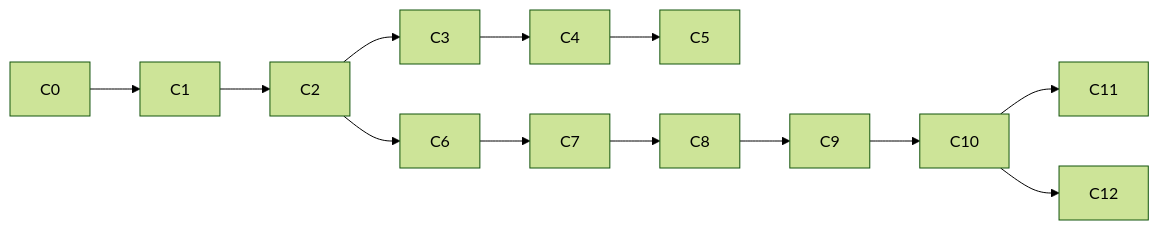
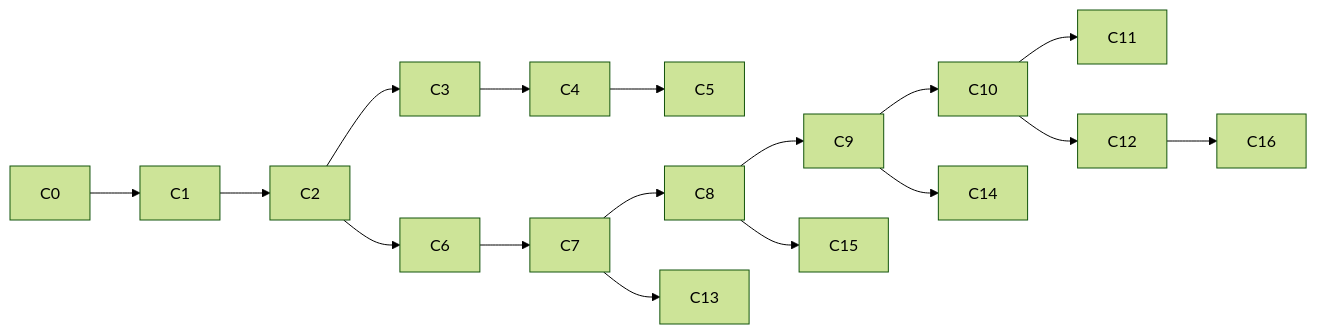
The diagram in docs/temp/CORE-IMPLEMENTATION-PLAN.md (enabledtocreate/erganis-core), drawn with Mermaid (forest theme) before and after one commit. The commit also changed other lines of this file and 10 other files, not shown here.

Commit message:
docs: platform architecture C13-C16, UI layout JSON Schema for module layouts

````diff
--- a/docs/temp/CORE-IMPLEMENTATION-PLAN.md
+++ b/docs/temp/CORE-IMPLEMENTATION-PLAN.md
@@ -29,7 +33,11 @@
 ```mermaid
 flowchart LR
   C0 --> C1 --> C2
   C2 --> C3 --> C4 --> C5
   C2 --> C6 --> C7 --> C8 --> C9 --> C10 --> C11
   C10 --> C12
+  C7 --> C13
+  C9 --> C14
+  C8 --> C15
+  C12 --> C16
 ```
````
